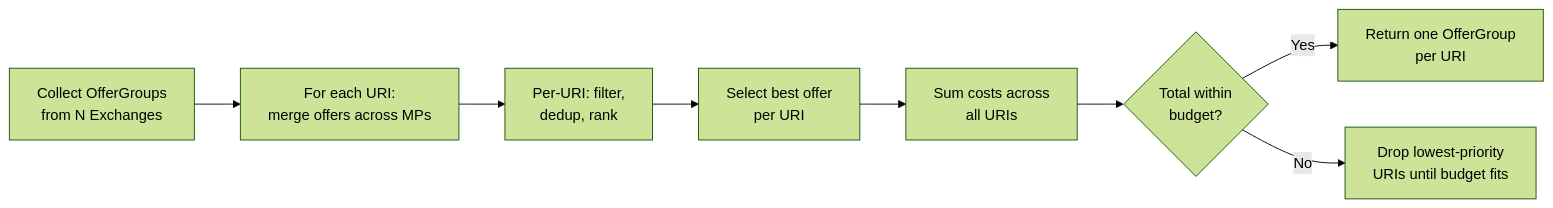
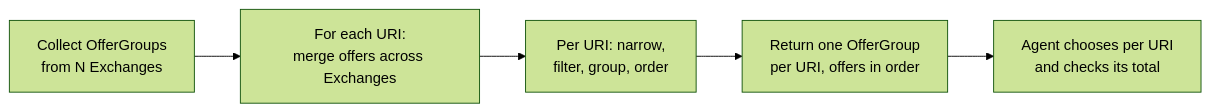
The third of 4 diagrams in website/src/content/docs/components/broker/selection-engine.mdx (FORA-Protocol/protocol), drawn with Mermaid (forest theme) before and after one commit. The commit also changed other lines of this file and 20 other files, not shown here.

First line of the commit message:
Docs: the Broker orders offers by relevance; the agent decides

````diff
--- a/website/src/content/docs/components/broker/selection-engine.mdx
+++ b/website/src/content/docs/components/broker/selection-engine.mdx
@@ -171,10 +175,7 @@
 ```mermaid
 graph LR
-    A[Collect OfferGroups<br/>from N Exchanges] --> B[For each URI:<br/>merge offers across MPs]
-    B --> C[Per-URI: filter,<br/>dedup, rank]
-    C --> D[Select best offer<br/>per URI]
-    D --> E[Sum costs across<br/>all URIs]
-    E --> F{Total within<br/>budget?}
-    F -->|Yes| G[Return one OfferGroup<br/>per URI]
-    F -->|No| H[Drop lowest-priority<br/>URIs until budget fits]
+    A[Collect OfferGroups<br/>from N Exchanges] --> B[For each URI:<br/>merge offers across Exchanges]
+    B --> C[Per URI: narrow,<br/>filter, group, order]
+    C --> D[Return one OfferGroup<br/>per URI, offers in order]
+    D --> E[Agent chooses per URI<br/>and checks its total]
 ```
````
